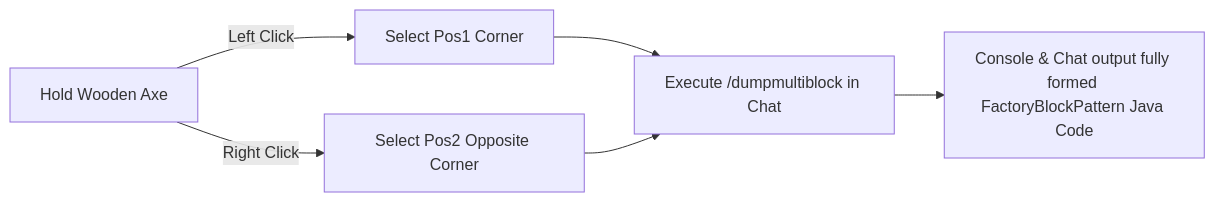
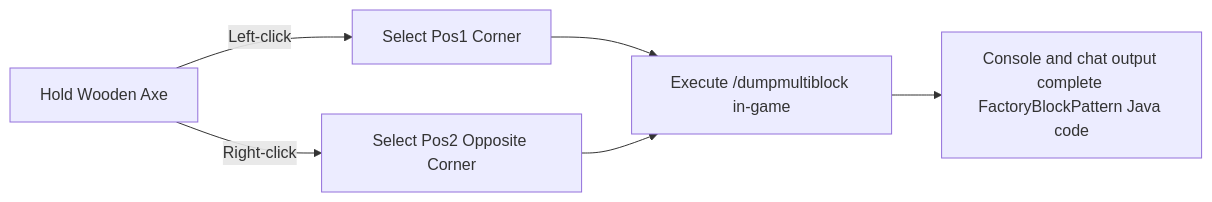
The diagram in docs/en/kubejs/tools-and-utilities.md (takanashisatou/GregtechEasy-Docs), drawn with Mermaid before and after one commit. The commit also changed other lines of this file and 99 other files, not shown here.

````diff
--- a/docs/en/kubejs/tools-and-utilities.md
+++ b/docs/en/kubejs/tools-and-utilities.md
@@ -13,7 +13,7 @@
 ```mermaid
 graph LR
-    A[Hold Wooden Axe] -->|Left Click| B[Select Pos1 Corner]
-    A -->|Right Click| C[Select Pos2 Opposite Corner]
-    B & C --> D[Execute /dumpmultiblock in Chat]
-    D --> E[Console & Chat output fully formed FactoryBlockPattern Java Code]
+    A[Hold Wooden Axe] -->|Left-click| B[Select Pos1 Corner]
+    A -->|Right-click| C[Select Pos2 Opposite Corner]
+    B & C --> D[Execute /dumpmultiblock in-game]
+    D --> E[Console and chat output complete FactoryBlockPattern Java code]
 ```
````
